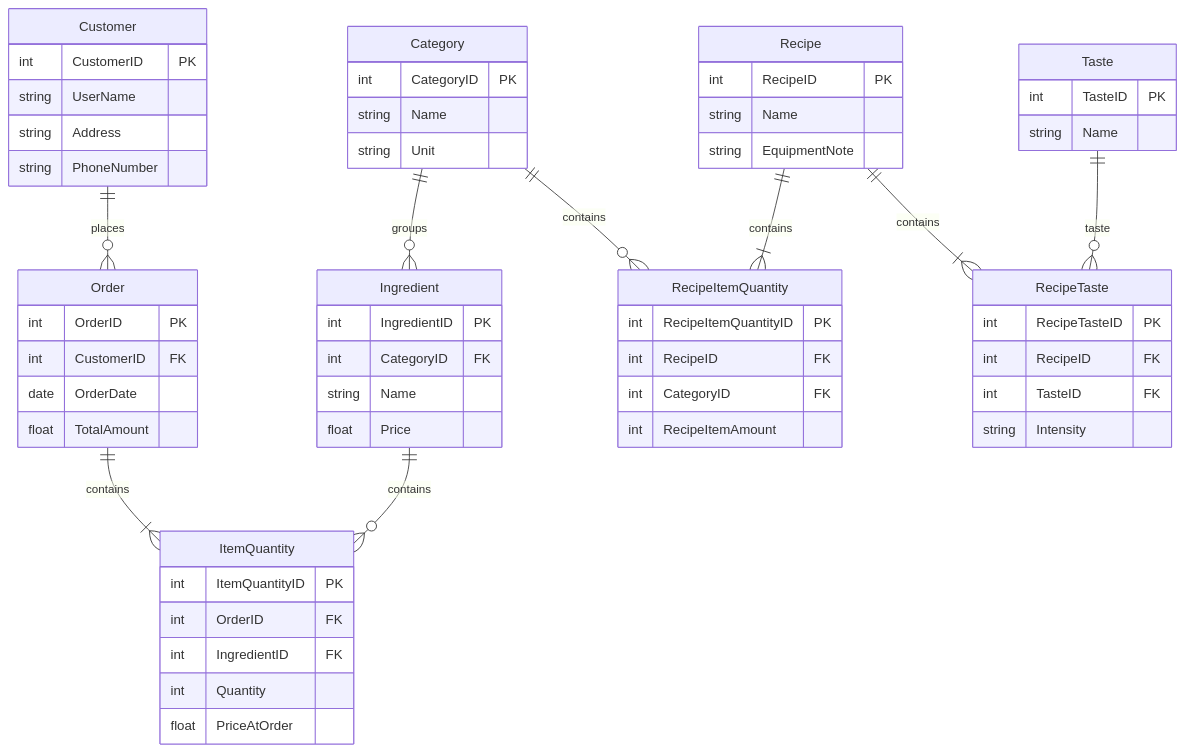
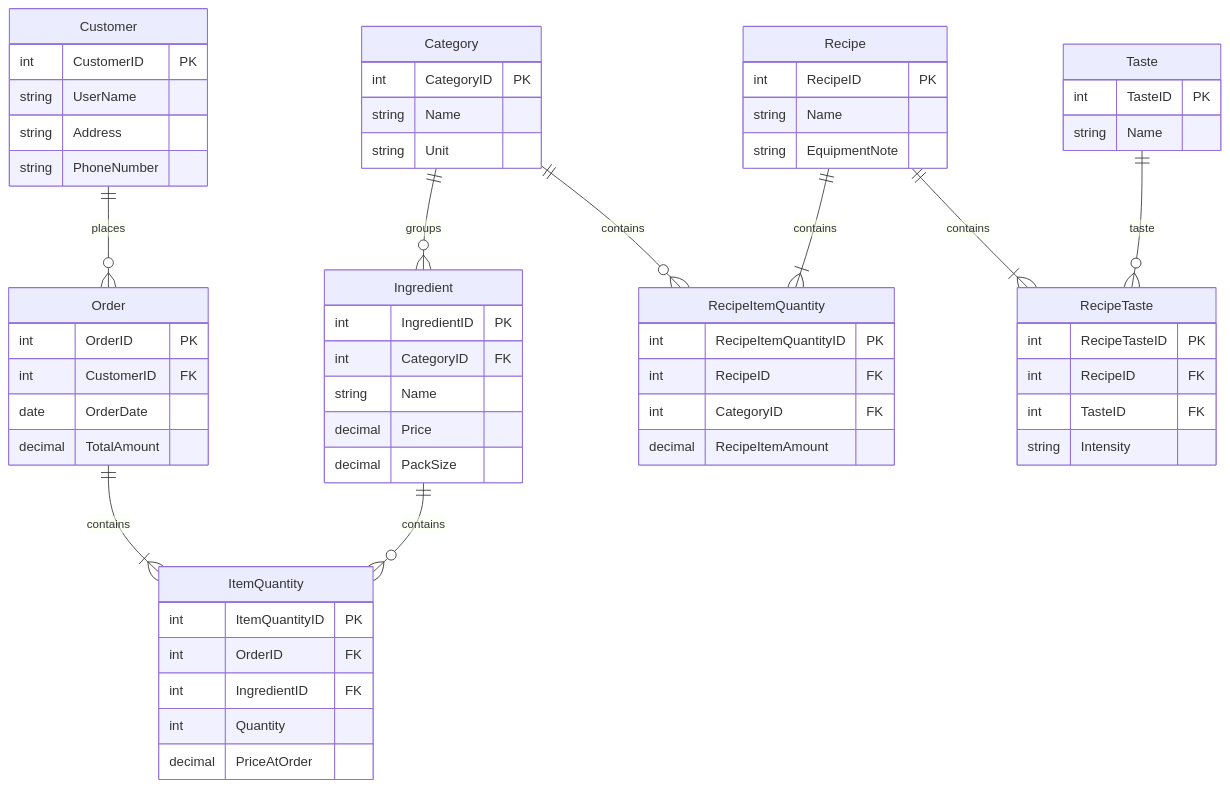
Before and after one commit to BragarArtem/KPI: the diagram in ER-Diagram.md, drawn with Mermaid.

Commit message:
ER-Diagram Update
Model: apply audit fixes from spec

````diff
--- a/ER-Diagram.md
+++ b/ER-Diagram.md
@@ -1,62 +1,63 @@
 ```mermaid
 erDiagram
     Order{
         int OrderID PK
         int CustomerID FK
         date OrderDate
-        float TotalAmount
+        decimal TotalAmount
 	}
 	ItemQuantity{
 		int ItemQuantityID PK
 		int OrderID FK
         int IngredientID FK
 		int Quantity
-		float PriceAtOrder
+		decimal PriceAtOrder
 	}
 	Ingredient{
 		int IngredientID PK
 		int CategoryID FK
 		string Name
-		float Price
+		decimal Price
+		decimal PackSize
 	}
 	Customer{
 		int CustomerID PK
 		string UserName
 		string Address
 		string PhoneNumber
 	}
 	Category{
 		int CategoryID PK
 		string Name
 		string Unit
 	}
 	Recipe{
 		int RecipeID PK
 		string Name
 		string EquipmentNote
 	}
 	RecipeItemQuantity{
 		int RecipeItemQuantityID PK
 		int RecipeID FK
 		int CategoryID FK
-		int RecipeItemAmount	
+		decimal RecipeItemAmount	
 	}
 	Taste{
 		int TasteID PK
 		string Name
 	}
 	RecipeTaste{
 		int RecipeTasteID PK
 		int RecipeID FK
 		int TasteID FK
 		string Intensity
 	}	
 	Order ||--|{ ItemQuantity : "contains"
 	Ingredient ||--o{ ItemQuantity : "contains"
 	Customer ||--o{ Order : "places"
 	Category ||--o{ Ingredient : "groups"
 	Recipe ||--|{ RecipeItemQuantity : "contains"
 	Category ||--o{ RecipeItemQuantity : "contains"
 	Recipe ||--|{ RecipeTaste : "contains"
 	Taste ||--o{ RecipeTaste : "taste"
 ```
````
